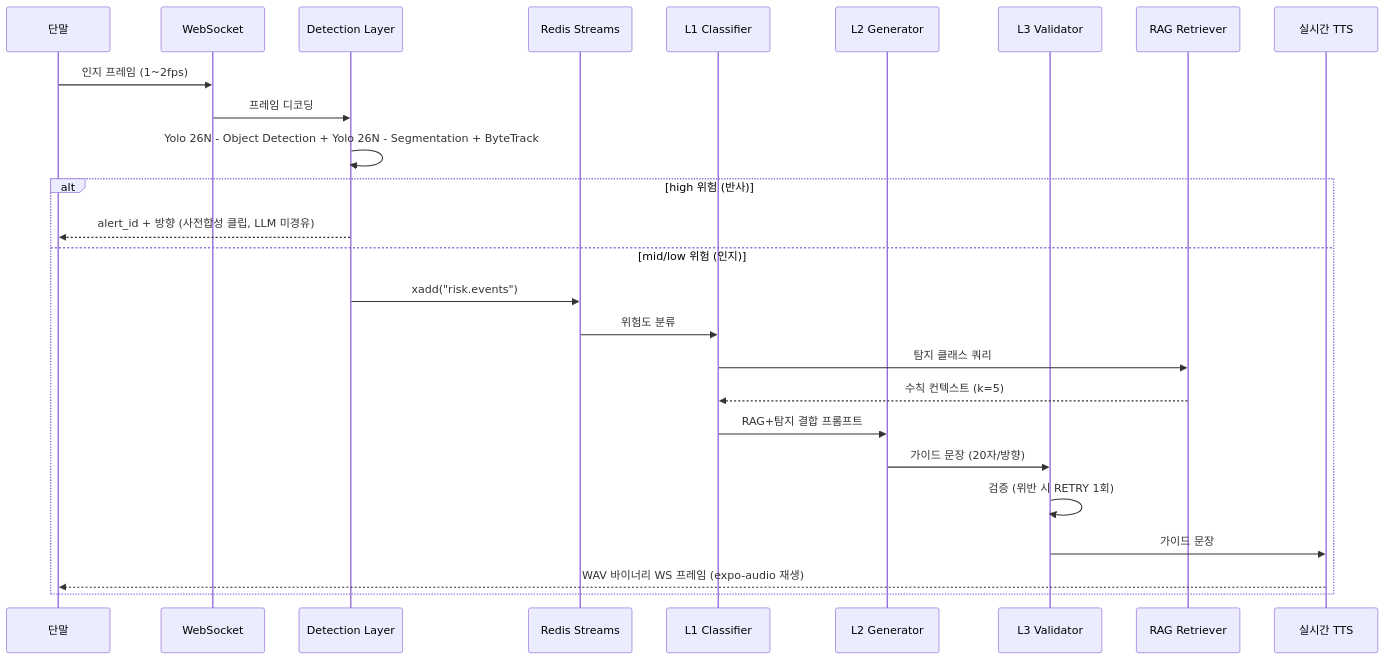
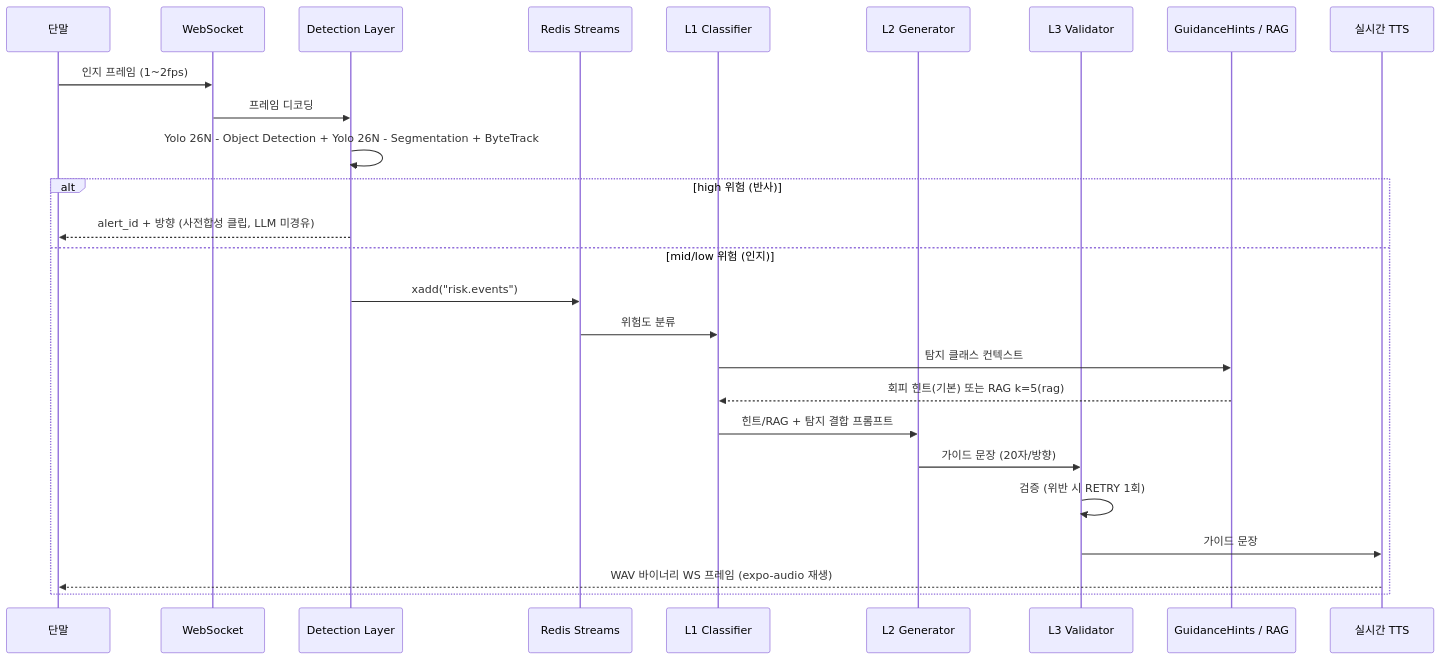
The second of 2 diagrams in docs/design/architecture.md (Groog-sudo/Minchodan), drawn with Mermaid before and after one commit. The commit also changed other lines of this file and 12 other files, not shown here.

Commit message:
fix(콘솔·단말): Detection Guidance Log 목록 썸네일 bbox 오버레이·반사/노면 로그 bbox 저장, realtime_gps를 WS connected 후 즉시 전송해 콘솔 GPS HUD 고착 해소, architecture/api/pipeline 문서 동기화.

````diff
--- a/docs/design/architecture.md
+++ b/docs/design/architecture.md
@@ -384,29 +390,29 @@
 ```mermaid
 sequenceDiagram
     participant Phone as 단말
     participant WS as WebSocket
     participant Det as Detection Layer
     participant Redis as Redis Streams
     participant L1 as L1 Classifier
     participant L2 as L2 Generator
     participant L3 as L3 Validator
-    participant RAG as RAG Retriever
+    participant Ctx as GuidanceHints / RAG
     participant TTS as 실시간 TTS
 
     Phone->>WS: 인지 프레임 (1~2fps)
     WS->>Det: 프레임 디코딩
     Det->>Det: Yolo 26N - Object Detection + Yolo 26N - Segmentation + ByteTrack
     alt high 위험 (반사)
         Det-->>Phone: alert_id + 방향 (사전합성 클립, LLM 미경유)
     else mid/low 위험 (인지)
         Det->>Redis: xadd("risk.events")
         Redis->>L1: 위험도 분류
-        L1->>RAG: 탐지 클래스 쿼리
-        RAG-->>L1: 수칙 컨텍스트 (k=5)
-        L1->>L2: RAG+탐지 결합 프롬프트
+        L1->>Ctx: 탐지 클래스 컨텍스트
+        Ctx-->>L1: 회피 힌트(기본) 또는 RAG k=5(rag)
+        L1->>L2: 힌트/RAG + 탐지 결합 프롬프트
         L2->>L3: 가이드 문장 (20자/방향)
         L3->>L3: 검증 (위반 시 RETRY 1회)
         L3->>TTS: 가이드 문장
         TTS-->>Phone: WAV 바이너리 WS 프레임 (expo-audio 재생)
     end
 ```
````
